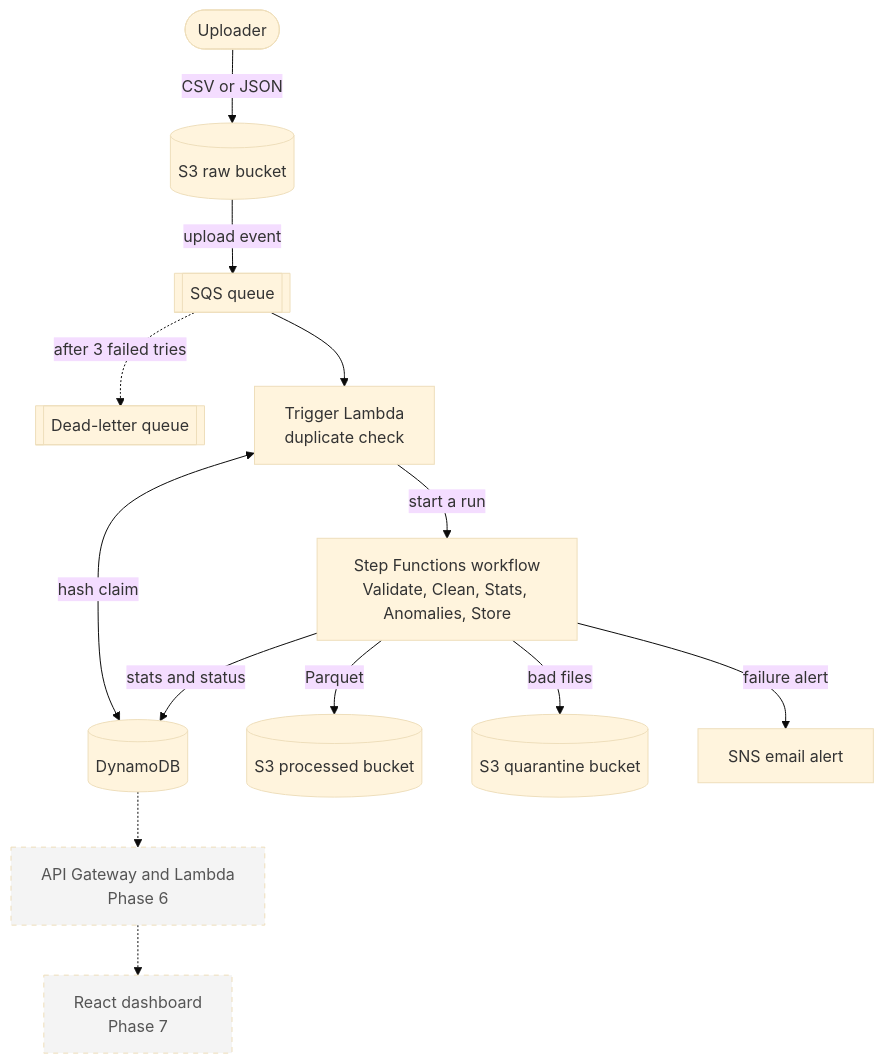
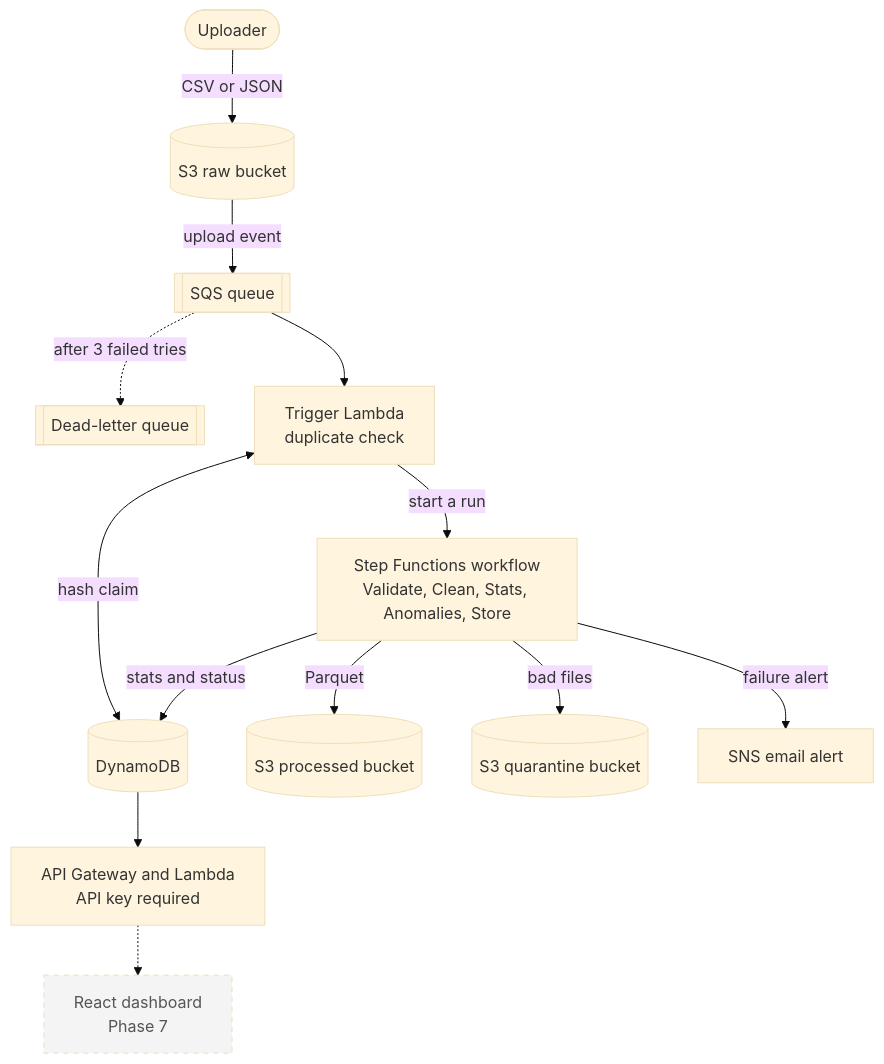
The first of 4 diagrams in README.md (dhananjaya-hbc/gradeflow-serverless-pipeline), drawn with Mermaid (base theme) before and after one commit. The commit also changed other lines of this file, not shown here.

Commit message:
docs: document the analytics api, its limits and the lambda concurrency finding

````diff
--- a/README.md
+++ b/README.md
@@ -10,17 +10,17 @@
 ```mermaid
 flowchart TD
     uploader(["Uploader"]) -->|"CSV or JSON"| raw[("S3 raw bucket")]
     raw -->|"upload event"| queue[["SQS queue"]]
     queue -.->|"after 3 failed tries"| dlq[["Dead-letter queue"]]
     queue --> trigger["Trigger Lambda<br/>duplicate check"]
     trigger -->|"start a run"| workflow["Step Functions workflow<br/>Validate, Clean, Stats, Anomalies, Store"]
     trigger <-->|"hash claim"| ddb[("DynamoDB")]
     workflow -->|"stats and status"| ddb
     workflow -->|"Parquet"| processed[("S3 processed bucket")]
     workflow -->|"bad files"| quarantine[("S3 quarantine bucket")]
     workflow -->|"failure alert"| sns["SNS email alert"]
-    ddb -.-> api["API Gateway and Lambda<br/>Phase 6"]:::planned
+    ddb --> api["API Gateway and Lambda<br/>API key required"]
     api -.-> dashboard["React dashboard<br/>Phase 7"]:::planned
 
     classDef planned stroke-dasharray: 5 5,fill:#f4f4f4,color:#555
 ```
````
